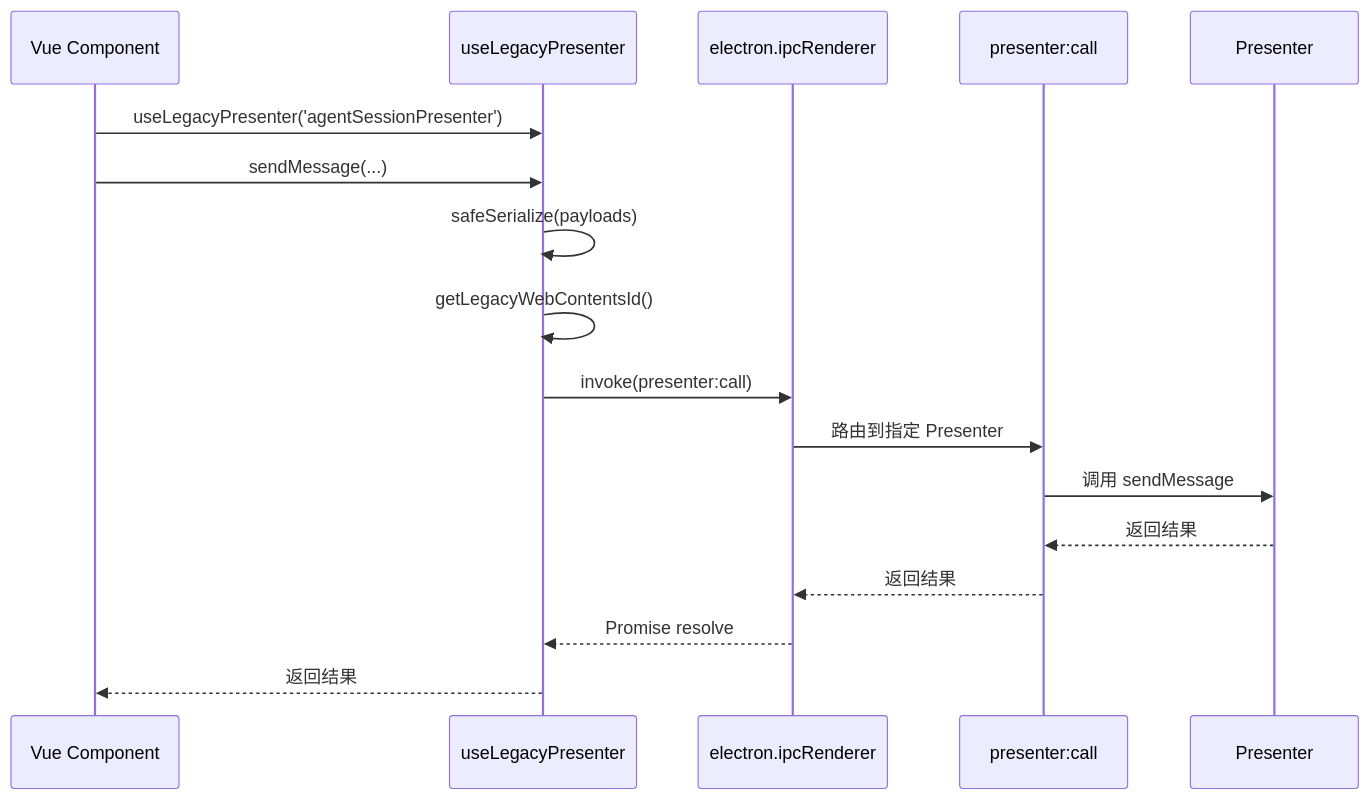
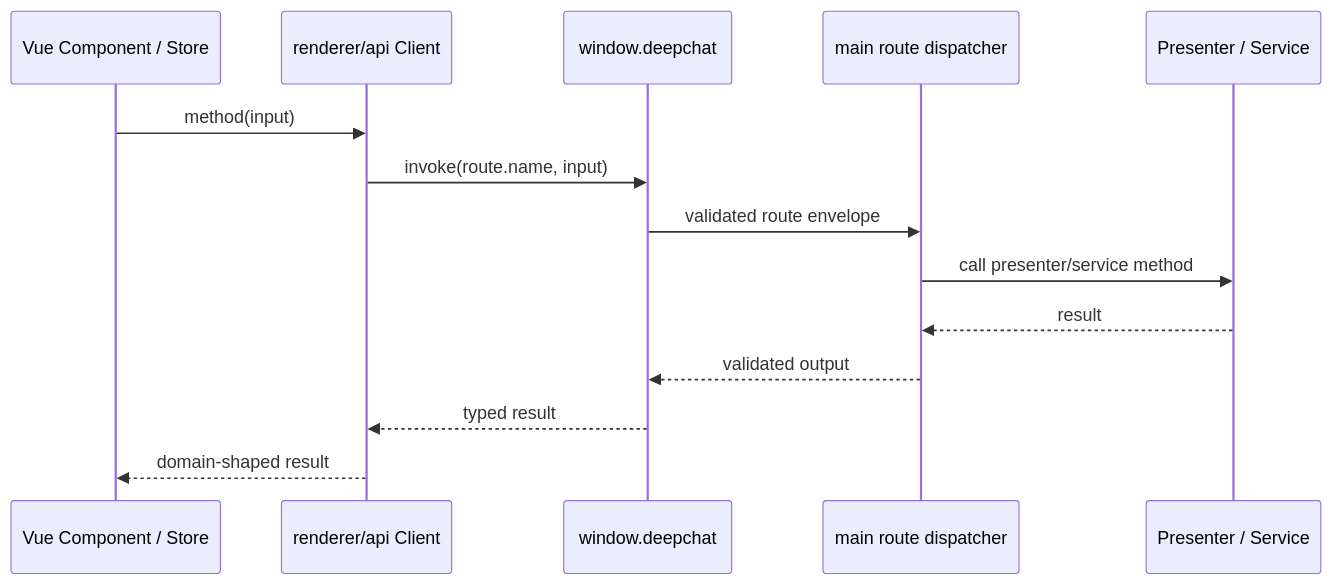
Before and after one commit to ThinkInAIXYZ/deepchat: the fifth of 5 diagrams in docs/architecture/event-system.md, drawn with Mermaid. The commit also changed other lines of this file and 323 other files, not shown here.

Commit message:
refactor(ipc): migrate presenter transport

````diff
--- a/docs/architecture/event-system.md
+++ b/docs/architecture/event-system.md
@@ -682,20 +664,17 @@
 ```mermaid
 sequenceDiagram
-    participant UI as Vue Component
-    participant UP as useLegacyPresenter
-    participant IPC as electron.ipcRenderer
-    participant Router as presenter:call
-    participant P as Presenter
+    participant UI as Vue Component / Store
+    participant Client as renderer/api Client
+    participant Bridge as window.deepchat
+    participant Route as main route dispatcher
+    participant P as Presenter / Service
 
-    UI->>UP: useLegacyPresenter('agentSessionPresenter')
-    UI->>UP: sendMessage(...)
-    UP->>UP: safeSerialize(payloads)
-    UP->>UP: getLegacyWebContentsId()
-    UP->>IPC: invoke(presenter:call)
-    IPC->>Router: 路由到指定 Presenter
-    Router->>P: 调用 sendMessage
-    P-->>Router: 返回结果
-    Router-->>IPC: 返回结果
-    IPC-->>UP: Promise resolve
-    UP-->>UI: 返回结果
+    UI->>Client: method(input)
+    Client->>Bridge: invoke(route.name, input)
+    Bridge->>Route: validated route envelope
+    Route->>P: call presenter/service method
+    P-->>Route: result
+    Route-->>Bridge: validated output
+    Bridge-->>Client: typed result
+    Client-->>UI: domain-shaped result
 ```
````
